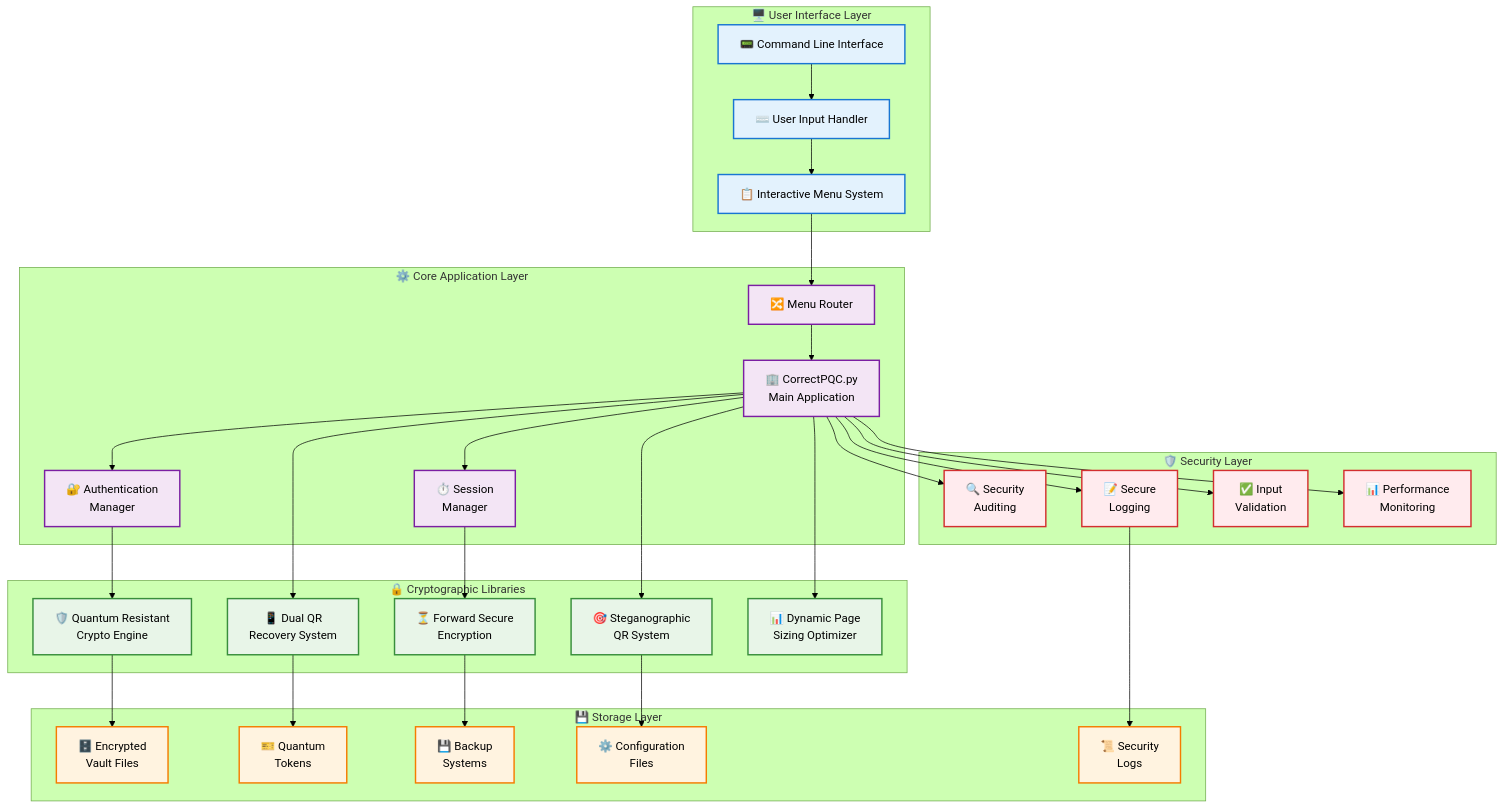
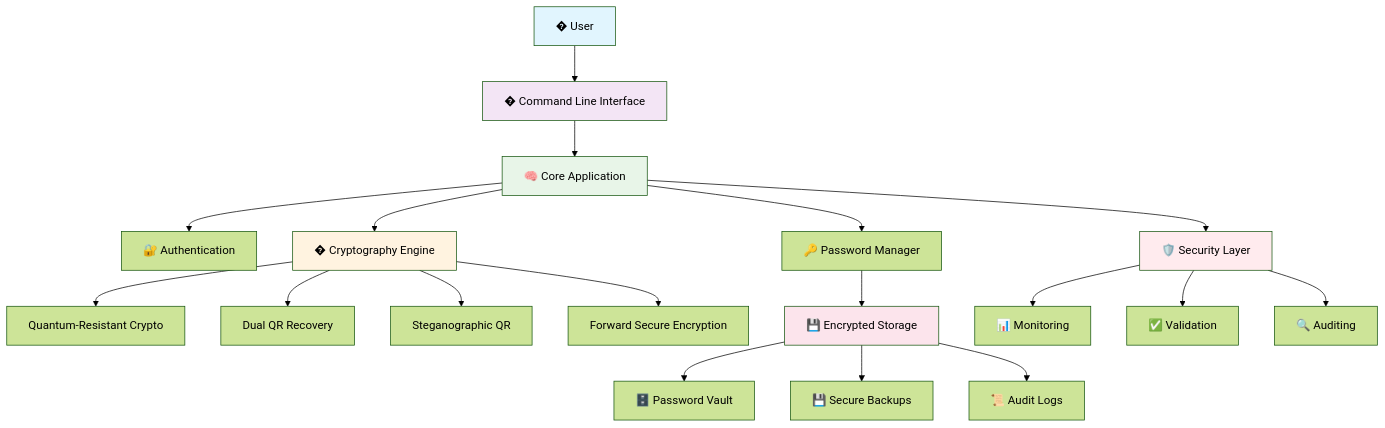
The first of 2 diagrams in README.md (Johnsonajibi/DeviceFingerprinting), drawn with Mermaid (forest theme) before and after one commit. The commit also changed other lines of this file, not shown here.

First line of the commit message:
simplified architectural diagrams for better readability

````diff
--- a/README.md
+++ b/README.md
@@ -11,79 +11,31 @@
 ```mermaid
-flowchart TD
-    subgraph UI ["🖥️ User Interface Layer"]
-        CLI[📟 Command Line Interface]
-        Menu[📋 Interactive Menu System]
-        Input[⌨️ User Input Handler]
-    end
+graph TD
+    User[� User] --> CLI[� Command Line Interface]
+    CLI --> Core[🧠 Core Application]
     
-    subgraph Core ["⚙️ Core Application Layer"]
-        App[🏢 CorrectPQC.py<br/>Main Application]
-        Auth[🔐 Authentication<br/>Manager]
-        Session[⏱️ Session<br/>Manager]
-        Router[🔀 Menu Router]
-    end
+    Core --> Auth[🔐 Authentication]
+    Core --> PWM[🔑 Password Manager]
+    Core --> Crypto[�️ Cryptography Engine]
     
-    subgraph Crypto ["🔒 Cryptographic Libraries"]
-        QRC[🛡️ Quantum Resistant<br/>Crypto Engine]
-        DQR[📱 Dual QR<br/>Recovery System]
-        SQR[🎯 Steganographic<br/>QR System]
-        FSE[⏳ Forward Secure<br/>Encryption]
-        DPS[📊 Dynamic Page<br/>Sizing Optimizer]
-    end
+    Crypto --> QRC[Quantum-Resistant Crypto]
+    Crypto --> DQR[Dual QR Recovery]
+    Crypto --> SQR[Steganographic QR]
+    Crypto --> FSE[Forward Secure Encryption]
     
-    subgraph Storage ["💾 Storage Layer"]
-        Vault[🗄️ Encrypted<br/>Vault Files]
-        Token[🎫 Quantum<br/>Tokens]
-        Backup[💾 Backup<br/>Systems]
-        Config[⚙️ Configuration<br/>Files]
-        Logs[📜 Security<br/>Logs]
-    end
+    PWM --> Storage[💾 Encrypted Storage]
+    Storage --> Vault[🗄️ Password Vault]
+    Storage --> Backup[💾 Secure Backups]
+    Storage --> Logs[📜 Audit Logs]
     
-    subgraph Security ["🛡️ Security Layer"]
-        Audit[🔍 Security<br/>Auditing]
-        Logger[📝 Secure<br/>Logging]
-        Validator[✅ Input<br/>Validation]
-        Monitor[📊 Performance<br/>Monitoring]
-    end
+    Core --> Security[🛡️ Security Layer]
+    Security --> Monitor[📊 Monitoring]
+    Security --> Validate[✅ Validation]
+    Security --> Audit[🔍 Auditing]
     
-    %% User Interface Flow
-    CLI --> Input
-    Input --> Menu
-    Menu --> Router
-    Router --> App
-    
-    %% Core Application Flow
-    App --> Auth
-    App --> Session
-    Auth --> QRC
-    Session --> FSE
-    
-    %% Cryptographic Integration
-    App --> DQR
-    App --> SQR
-    App --> DPS
-    QRC --> Vault
-    DQR --> Token
-    FSE --> Backup
-    SQR --> Config
-    
-    %% Security Integration
-    App --> Audit
-    App --> Logger
-    App --> Validator
-    App --> Monitor
-    Logger --> Logs
-    
-    %% Styling
-    classDef uiStyle fill:#e3f2fd,stroke:#1976d2,stroke-width:2px,color:#000
-    classDef coreStyle fill:#f3e5f5,stroke:#7b1fa2,stroke-width:2px,color:#000
-    classDef cryptoStyle fill:#e8f5e8,stroke:#388e3c,stroke-width:2px,color:#000
-    classDef storageStyle fill:#fff3e0,stroke:#f57c00,stroke-width:2px,color:#000
-    classDef securityStyle fill:#ffebee,stroke:#d32f2f,stroke-width:2px,color:#000
-    
-    class CLI,Menu,Input uiStyle
-    class App,Auth,Session,Router coreStyle
-    class QRC,DQR,SQR,FSE,DPS cryptoStyle
-    class Vault,Token,Backup,Config,Logs storageStyle
-    class Audit,Logger,Validator,Monitor securityStyle
+    style User fill:#e1f5fe
+    style CLI fill:#f3e5f5
+    style Core fill:#e8f5e8
+    style Crypto fill:#fff3e0
+    style Storage fill:#fce4ec
+    style Security fill:#ffebee
 ```
````
